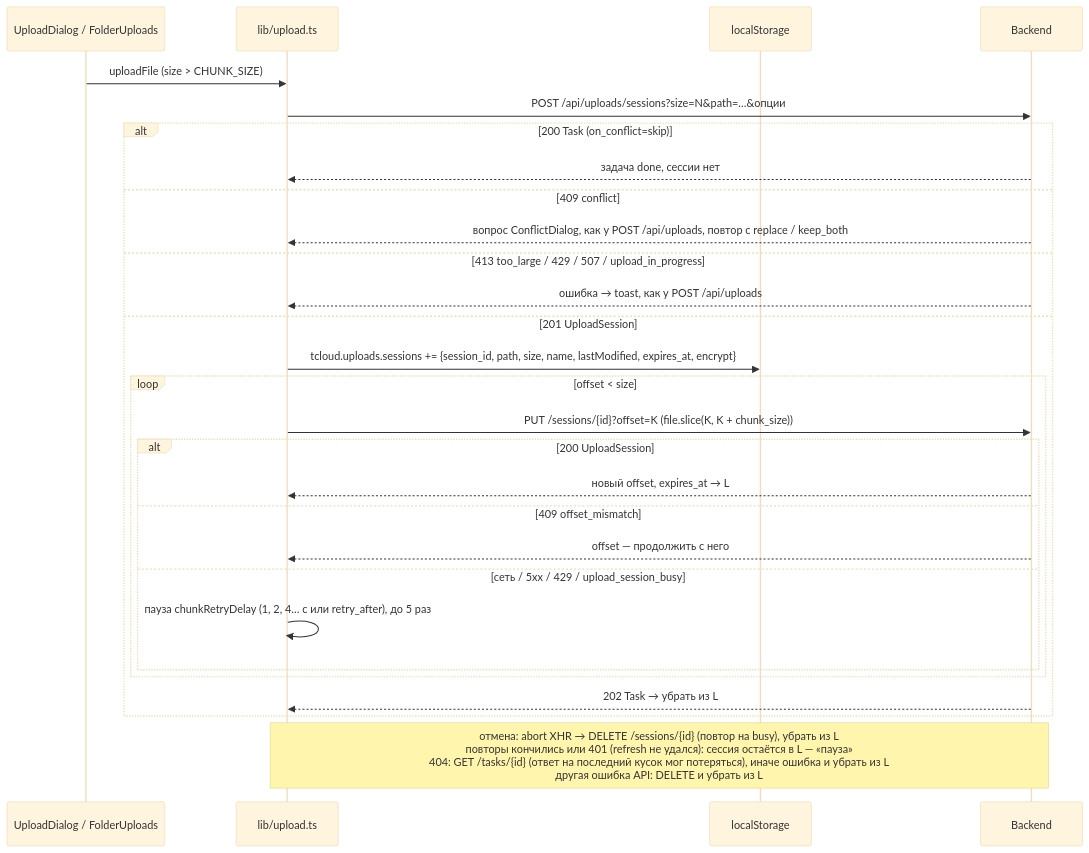
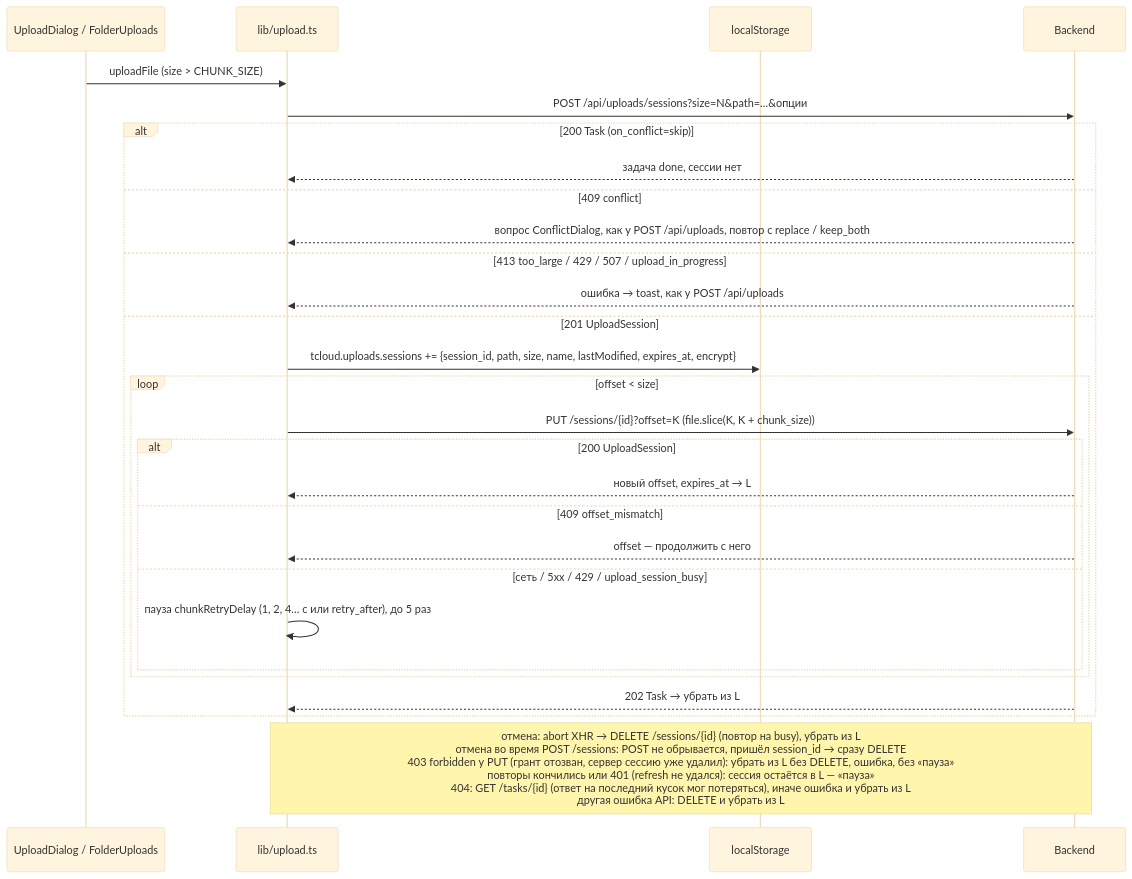
Before and after one commit to NikitkaZXC/tcloud-frontend: the third of 7 diagrams in docs/uploads-and-tasks.md, drawn with Mermaid (base theme). The commit also changed 6 other files, not shown here.

Commit message:
fix: delete upload sessions before logout and when cancelled during creation, drop them on revoked grants

````diff
--- a/docs/uploads-and-tasks.md
+++ b/docs/uploads-and-tasks.md
@@ -116,30 +116,30 @@
 ```mermaid
 sequenceDiagram
     participant D as UploadDialog / FolderUploads
     participant U as lib/upload.ts
     participant L as localStorage
     participant B as Backend
     D->>U: uploadFile (size > CHUNK_SIZE)
     U->>B: POST /api/uploads/sessions?size=N&path=…&опции
     alt 200 Task (on_conflict=skip)
         B-->>U: задача done, сессии нет
     else 409 conflict
         B-->>U: вопрос ConflictDialog, как у POST /api/uploads, повтор с replace / keep_both
     else 413 too_large / 429 / 507 / upload_in_progress
         B-->>U: ошибка → toast, как у POST /api/uploads
     else 201 UploadSession
         U->>L: tcloud.uploads.sessions += {session_id, path, size, name, lastModified, expires_at, encrypt}
         loop offset < size
             U->>B: PUT /sessions/{id}?offset=K (file.slice(K, K + chunk_size))
             alt 200 UploadSession
                 B-->>U: новый offset, expires_at → L
             else 409 offset_mismatch
                 B-->>U: offset — продолжить с него
             else сеть / 5xx / 429 / upload_session_busy
                 U->>U: пауза chunkRetryDelay (1, 2, 4… с или retry_after), до 5 раз
             end
         end
         B-->>U: 202 Task → убрать из L
     end
-    Note over U,B: отмена: abort XHR → DELETE /sessions/{id} (повтор на busy), убрать из L<br/>повторы кончились или 401 (refresh не удался): сессия остаётся в L — «пауза»<br/>404: GET /tasks/{id} (ответ на последний кусок мог потеряться), иначе ошибка и убрать из L<br/>другая ошибка API: DELETE и убрать из L
+    Note over U,B: отмена: abort XHR → DELETE /sessions/{id} (повтор на busy), убрать из L<br/>отмена во время POST /sessions: POST не обрывается, пришёл session_id → сразу DELETE<br/>403 forbidden у PUT (грант отозван, сервер сессию уже удалил): убрать из L без DELETE, ошибка, без «пауза»<br/>повторы кончились или 401 (refresh не удался): сессия остаётся в L — «пауза»<br/>404: GET /tasks/{id} (ответ на последний кусок мог потеряться), иначе ошибка и убрать из L<br/>другая ошибка API: DELETE и убрать из L
 ```
````
